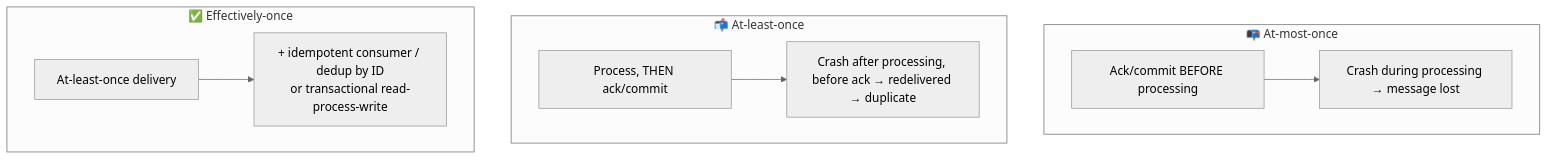
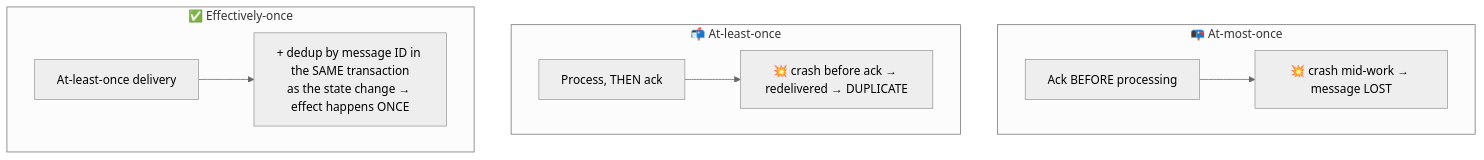
One commit to winnyboy5/System-Design-from-Atoms changed the diagram in phases/07-async-messaging/060-delivery-semantics.md. Above: the diagram before and after it, drawn with Mermaid (neutral theme). The commit also changed other lines of this file and 6 other files, not shown here.

````diff
--- a/phases/07-async-messaging/060-delivery-semantics.md
+++ b/phases/07-async-messaging/060-delivery-semantics.md
@@ -27,12 +39,12 @@
 ```mermaid
 flowchart TD
     subgraph AMO["📭 At-most-once"]
-        A1["Ack/commit BEFORE processing"] --> A2["Crash during processing → message lost"]
+        A1["Ack BEFORE processing"] --> A2["💥 crash mid-work → message LOST"]
     end
     subgraph ALO["📬 At-least-once"]
-        B1["Process, THEN ack/commit"] --> B2["Crash after processing, before ack → redelivered → duplicate"]
+        B1["Process, THEN ack"] --> B2["💥 crash before ack → redelivered → DUPLICATE"]
     end
     subgraph EO["✅ Effectively-once"]
-        C1["At-least-once delivery"] --> C2["+ idempotent consumer / dedup by ID<br/>or transactional read-process-write"]
+        C1["At-least-once delivery"] --> C2["+ dedup by message ID in the SAME transaction<br/>as the state change → effect happens ONCE"]
     end
 ```
````
